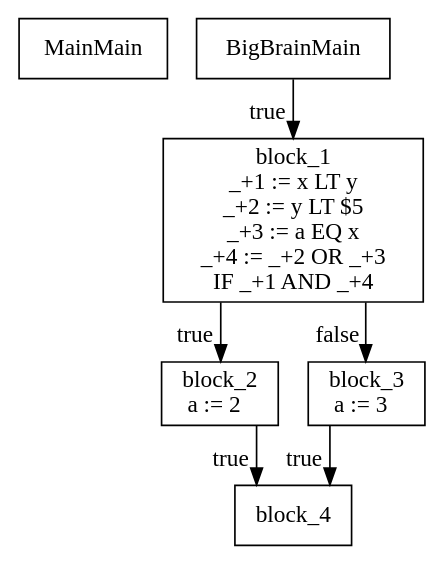
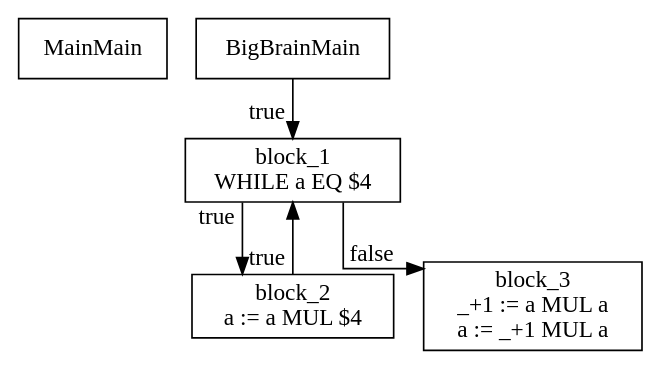
One commit to AvanaPY/DV1655_Lab1 changed the diagram in dot.dot. Above: the diagram before and after it, drawn with Graphviz. The commit also changed 3 other files, not shown here.

```diff
--- a/dot.dot
+++ b/dot.dot
@@ -1,15 +1,13 @@
 digraph {
   graph [splines=ortho]
   node [shape=box]
   MainMain [label="MainMain\n"];
   BigBrainMain [label="BigBrainMain\n"];
   BigBrainMain -> block_1[xlabel="true"];
-  block_1 [label="block_1\n_+1 := x LT y\n_+2 := y LT $5\n_+3 := a EQ x\n_+4 := _+2 OR _+3\nIF _+1 AND _+4\n"];
+  block_1 [label="block_1\nWHILE a EQ $4\n"];
   block_1 -> block_2[xlabel="true"];
-  block_2 [label="block_2\na := 2  \n"];
-  block_2 -> block_4[xlabel="true"];
-  block_4 [label="block_4\n"];
+  block_2 [label="block_2\na := a MUL $4\n"];
+  block_2 -> block_1[xlabel="true"];
   block_1 -> block_3[xlabel="false"];
-  block_3 [label="block_3\na := 3  \n"];
-  block_3 -> block_4[xlabel="true"];
+  block_3 [label="block_3\n_+1 := a MUL a\na := _+1 MUL a\n"];
 }
```
